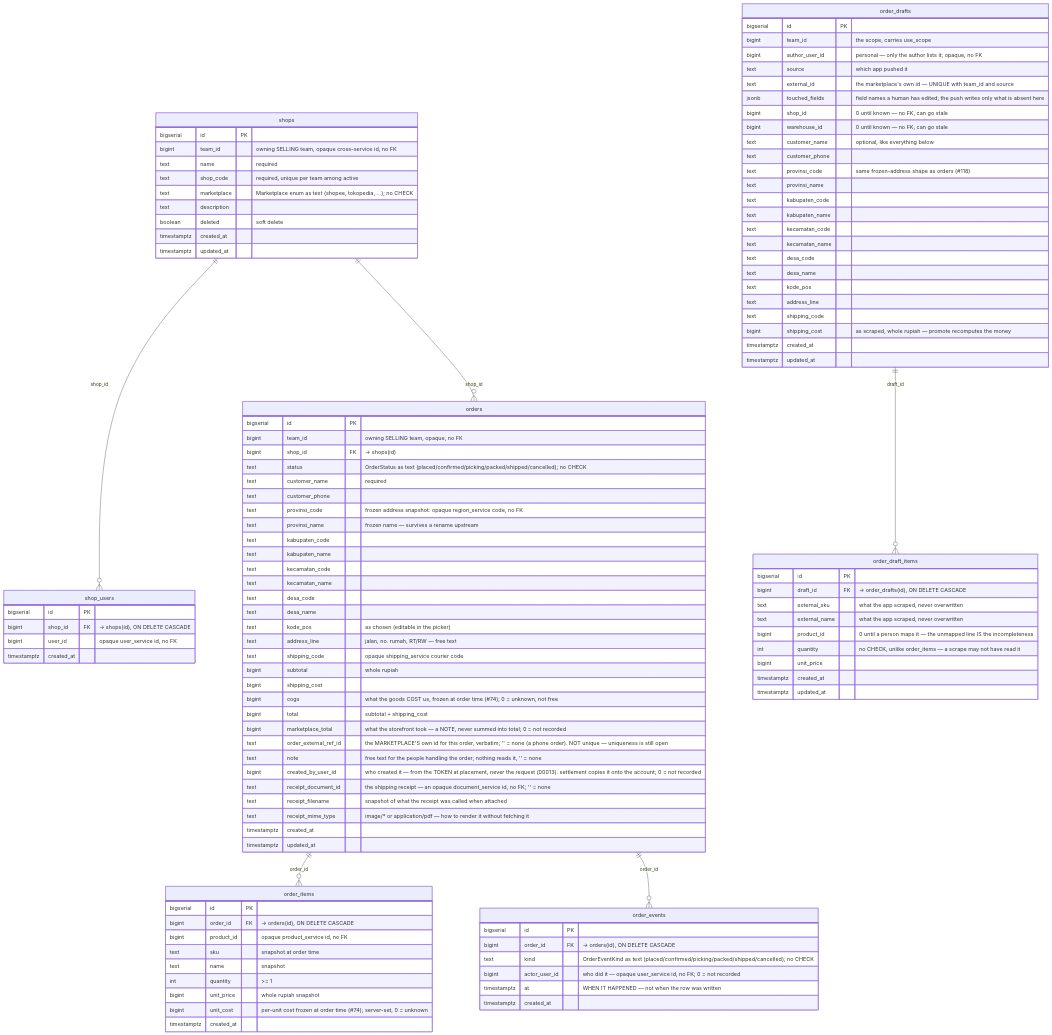
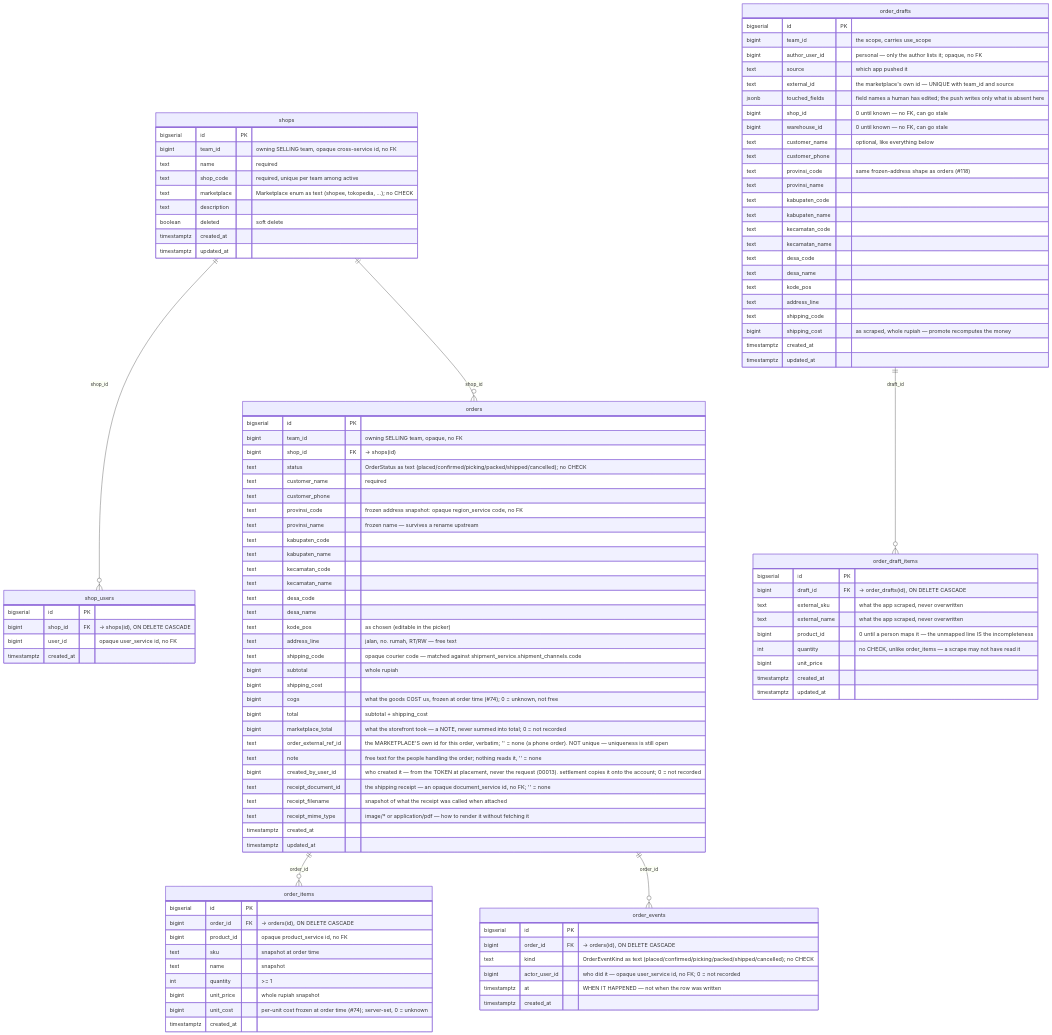
One commit to pdcgo/warehouse_revamp changed the fifth of 14 diagrams in docs/database-schema.md. Above: the diagram before and after it, drawn with Mermaid. The commit also changed other lines of this file and 83 other files, not shown here.

First line of the commit message:
shipment: implement shipment_service and retire shipping_service

```diff
--- a/docs/database-schema.md
+++ b/docs/database-schema.md
@@ -265,7 +279,7 @@
         text        desa_name
         text        kode_pos         "as chosen (editable in the picker)"
         text        address_line     "jalan, no. rumah, RT/RW — free text"
-        text        shipping_code    "opaque shipping_service courier code"
+        text        shipping_code    "opaque courier code — matched against shipment_service.shipment_channels.code"
         bigint      subtotal         "whole rupiah"
         bigint      shipping_cost
         bigint      cogs               "what the goods COST us, frozen at order time (#74); 0 = unknown, not free"
```
